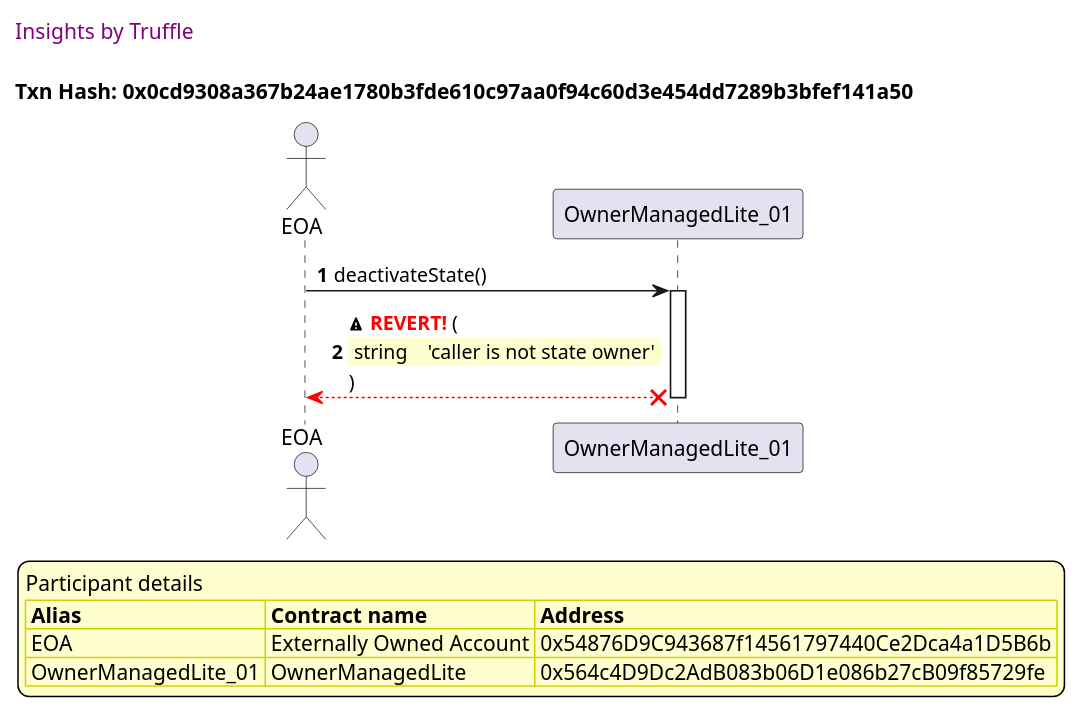
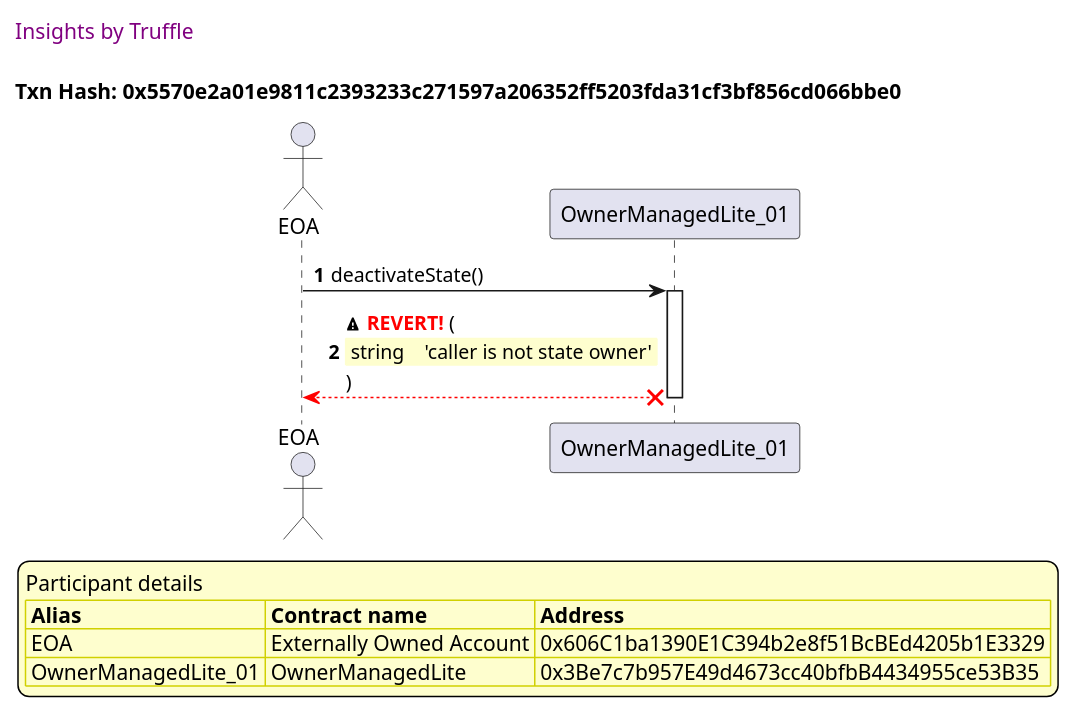
One commit to thedarkjester/ConsensysAssignment changed the sixth of 16 diagrams in truffle-seq/OwnerManagedLite_test_activate_deactivate_dapp.md. Above: the diagram before and after it, drawn with PlantUML. The commit also changed other lines of this file and 13 other files, not shown here.

````diff
--- a/truffle-seq/OwnerManagedLite_test_activate_deactivate_dapp.md
+++ b/truffle-seq/OwnerManagedLite_test_activate_deactivate_dapp.md
@@ -244,40 +244,40 @@
 ```plantuml
 
 
 @startuml
 
 autonumber
 skinparam legendBackgroundColor #FEFECE
 
 <style>
       header {
         HorizontalAlignment left
         FontColor purple
         FontSize 14
         Padding 10
       }
     </style>
 
 header Insights by Truffle
 
-title Txn Hash: 0x0cd9308a367b24ae1780b3fde610c97aa0f94c60d3e454dd7289b3bfef141a50
+title Txn Hash: 0x5570e2a01e9811c2393233c271597a206352ff5203fda31cf3bf856cd066bbe0
 
 
 actor EOA as "EOA"
 participant OwnerManagedLite_01 as "OwnerManagedLite_01"
 
 "EOA" -> "OwnerManagedLite_01" ++: deactivateState()
 "OwnerManagedLite_01" x-[#red]-> "EOA" --: <&warning> <color #red>**REVERT!**</color> (\n\
 <#FEFECE,#FEFECE>| string |  | 'caller is not state owner' |\n\
 )
 deactivate "OwnerManagedLite_01"
 
 legend
 Participant details
 <#FEFECE,#D0D000>|= Alias |= Contract name |= Address |
-<#FEFECE>| EOA | Externally Owned Account | 0x54876D9C943687f14561797440Ce2Dca4a1D5B6b |
-<#FEFECE>| OwnerManagedLite_01 | OwnerManagedLite | 0x564c4D9Dc2AdB083b06D1e086b27cB09f85729fe |
+<#FEFECE>| EOA | Externally Owned Account | 0x606C1ba1390E1C394b2e8f51BcBEd4205b1E3329 |
+<#FEFECE>| OwnerManagedLite_01 | OwnerManagedLite | 0x3Be7c7b957E49d4673cc40bfbB4434955ce53B35 |
 endlegend
 
 @enduml
 ```
````
